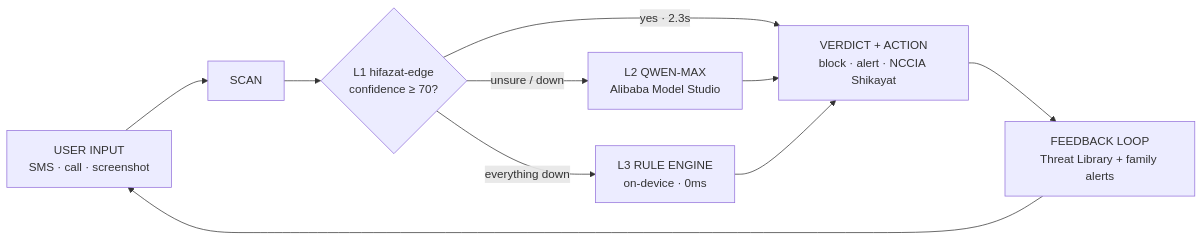
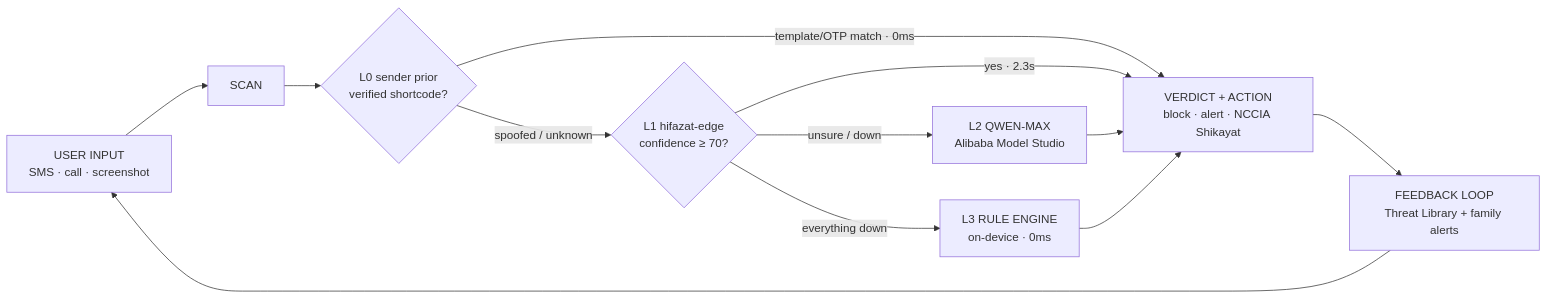
One commit to cyberNoman/Safe-Pakistan changed the diagram in README.md. Above: the diagram before and after it, drawn with Mermaid. The commit also changed other lines of this file and 95 other files, not shown here.

Commit message:
L0 sender prior + OTP verification, shared L3 rules-classifier, 155-message hold-out eval (72.9% vs 46.5% baseline), /health probe, DEMO_CHECKLIST runbook, sourced NCCIA stats, untrack .qoder metadata

````diff
--- a/README.md
+++ b/README.md
@@ -43,12 +44,14 @@
 ```mermaid
 flowchart LR
   A["USER INPUT<br/>SMS · call · screenshot"] --> B["SCAN"]
-  B --> C{"L1 hifazat-edge<br/>confidence ≥ 70?"}
+  B --> L0{"L0 sender prior<br/>verified shortcode?"}
+  L0 -- "template/OTP match · 0ms" --> V
+  L0 -- "spoofed / unknown" --> C{"L1 hifazat-edge<br/>confidence ≥ 70?"}
   C -- "yes · 2.3s" --> V["VERDICT + ACTION<br/>block · alert · NCCIA Shikayat"]
   C -- "unsure / down" --> D["L2 QWEN-MAX<br/>Alibaba Model Studio"]
   D --> V
   C -- "everything down" --> E["L3 RULE ENGINE<br/>on-device · 0ms"]
   E --> V
   V --> F["FEEDBACK LOOP<br/>Threat Library + family alerts"]
   F --> A
 ```
````
